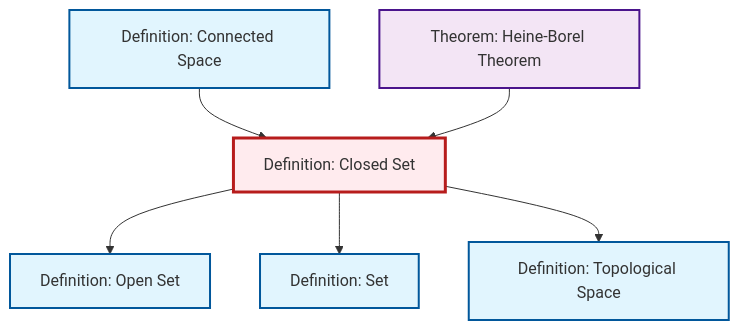
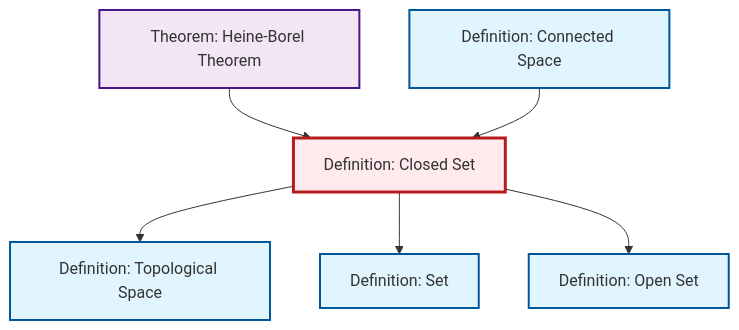
One commit to RK0429/ModernMath changed the diagram in content/en/topology/def-closed-set.qmd. Above: the diagram before and after it, drawn with Mermaid. The commit also changed 511 other files, not shown here.

````diff
--- a/content/en/topology/def-closed-set.qmd
+++ b/content/en/topology/def-closed-set.qmd
@@ -44,27 +44,21 @@
 ```{mermaid}
 %%| fig-cap: "Local dependency graph"
 graph TD
     classDef definition fill:#e1f5fe,stroke:#01579b,stroke-width:2px
     classDef theorem fill:#f3e5f5,stroke:#4a148c,stroke-width:2px
     classDef axiom fill:#fff3e0,stroke:#e65100,stroke-width:2px
     classDef example fill:#e8f5e9,stroke:#1b5e20,stroke-width:2px
     classDef current fill:#ffebee,stroke:#b71c1c,stroke-width:3px
     def-topological-space["Definition: Topological Space"]:::definition
+    def-connected["Definition: Connected Space"]:::definition
+    def-open-set["Definition: Open Set"]:::definition
+    thm-heine-borel["Theorem: Heine-Borel Theorem"]:::theorem
+    def-set["Definition: Set"]:::definition
     def-closed-set["Definition: Closed Set"]:::definition
-    def-open-set["Definition: Open Set"]:::definition
-    def-set["Definition: Set"]:::definition
-    def-connected["Definition: Connected Space"]:::definition
-    thm-heine-borel["Theorem: Heine-Borel Theorem"]:::theorem
-    def-closed-set --> def-open-set
+    thm-heine-borel --> def-closed-set
+    def-closed-set --> def-topological-space
     def-closed-set --> def-set
     def-connected --> def-closed-set
-    def-closed-set --> def-topological-space
-    thm-heine-borel --> def-closed-set
+    def-closed-set --> def-open-set
     class def-closed-set current
-
-    click def-topological-space "def-topological-space.html" "Go to Topological Space definition"
-    click def-open-set "def-open-set.html" "Go to Open Set definition"
-    click def-set "def-set.html" "Go to Set definition"
-    click def-connected "def-connected.html" "Go to Connected Space definition"
-    click thm-heine-borel "thm-heine-borel.html" "Go to Heine-Borel Theorem theorem"
 ```
````
